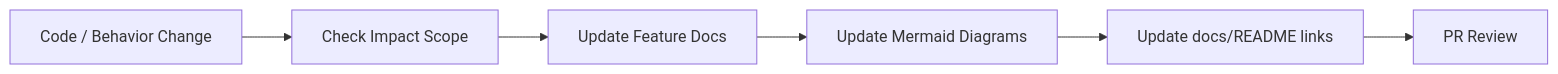
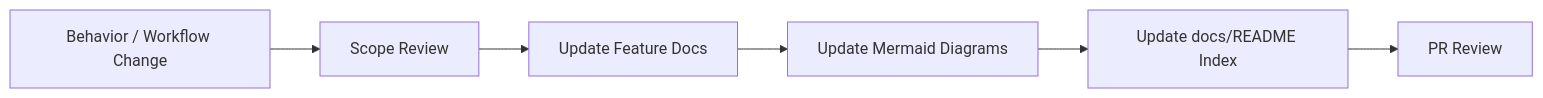
Before and after one commit to charleanpoor507/repo-hc: the second of 2 diagrams in docs/mermaid/workflow-docs-system.md, drawn with Mermaid. The commit also changed other lines of this file and 32 other files, not shown here.

Commit message:
docs: refocus repo on agent-rule workflow and add architecture docs

````diff
--- a/docs/mermaid/workflow-docs-system.md
+++ b/docs/mermaid/workflow-docs-system.md
@@ -24,8 +22,8 @@
 ```mermaid
 flowchart LR
-  CHANGE["Code / Behavior Change"] --> CHECK["Check Impact Scope"]
-  CHECK --> DOCS["Update Feature Docs"]
+  CHANGE["Behavior / Workflow Change"] --> SCOPE["Scope Review"]
+  SCOPE --> DOCS["Update Feature Docs"]
   DOCS --> DIAGRAMS["Update Mermaid Diagrams"]
-  DIAGRAMS --> INDEX["Update docs/README links"]
+  DIAGRAMS --> INDEX["Update docs/README Index"]
   INDEX --> REVIEW["PR Review"]
 ```
````
